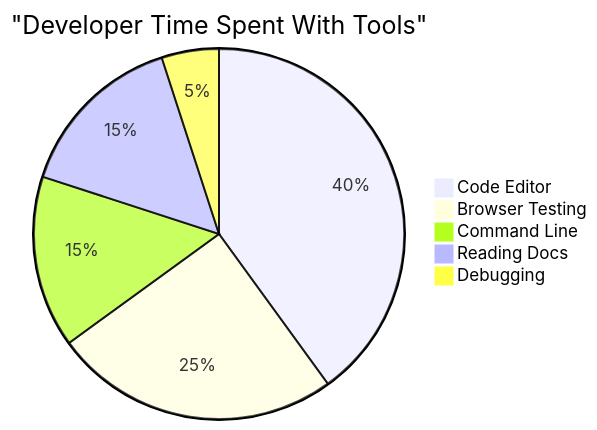
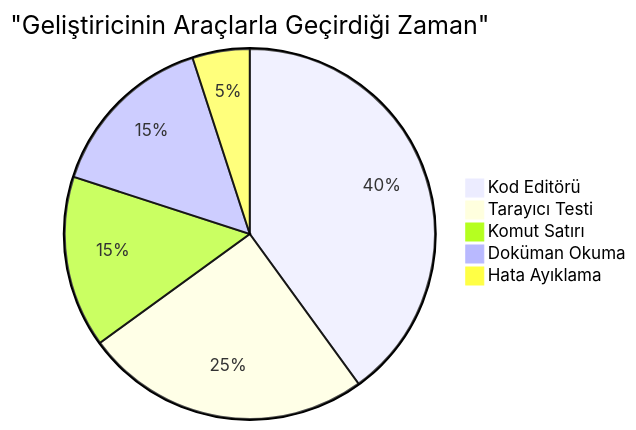
The sixth of 7 diagrams in translations/tr/1-getting-started-lessons/1-intro-to-programming-languages/README.md (microsoft/Web-Dev-For-Beginners), drawn with Mermaid before and after one commit. The commit also changed other lines of this file and 11 other files, not shown here.

````diff
--- a/translations/tr/1-getting-started-lessons/1-intro-to-programming-languages/README.md
+++ b/translations/tr/1-getting-started-lessons/1-intro-to-programming-languages/README.md
@@ -713,8 +711,8 @@
 ```mermaid
-pie title "Developer Time Spent With Tools"
-    "Code Editor" : 40
-    "Browser Testing" : 25
-    "Command Line" : 15
-    "Reading Docs" : 15
-    "Debugging" : 5
+pie title "Geliştiricinin Araçlarla Geçirdiği Zaman"
+    "Kod Editörü" : 40
+    "Tarayıcı Testi" : 25
+    "Komut Satırı" : 15
+    "Doküman Okuma" : 15
+    "Hata Ayıklama" : 5
 ```
````
